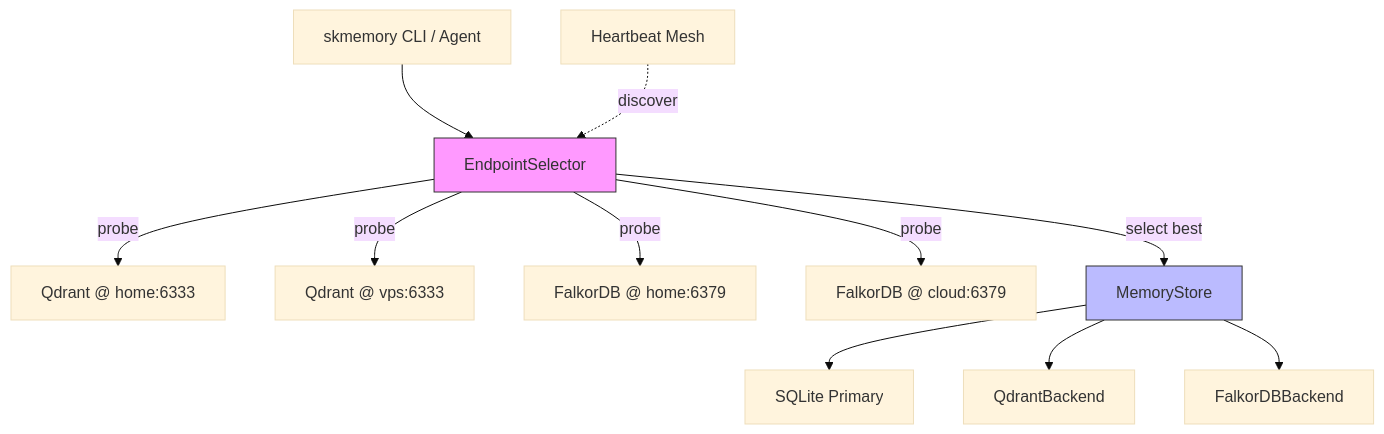
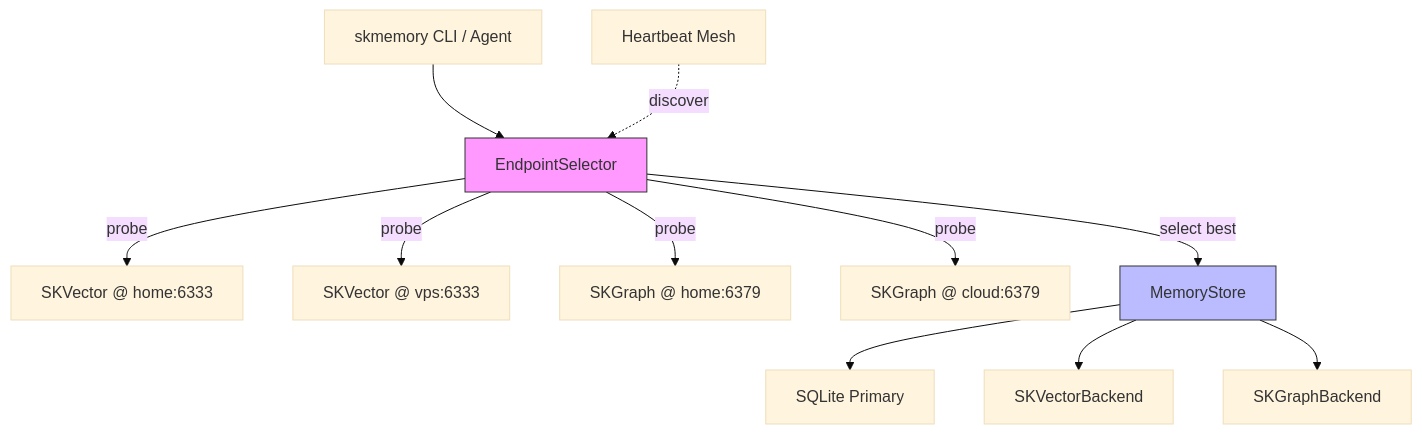
The first of 4 diagrams in skmemory/HA.md (smilinTux/skmemory), drawn with Mermaid (base theme) before and after one commit. The commit also changed other lines of this file and 31 other files, not shown here.

````diff
--- a/skmemory/HA.md
+++ b/skmemory/HA.md
@@ -23,16 +23,16 @@
 ```mermaid
 graph TB
     CLI[skmemory CLI / Agent] --> ES[EndpointSelector]
-    ES --> |probe| EP1[Qdrant @ home:6333]
-    ES --> |probe| EP2[Qdrant @ vps:6333]
-    ES --> |probe| EP3[FalkorDB @ home:6379]
-    ES --> |probe| EP4[FalkorDB @ cloud:6379]
+    ES --> |probe| EP1[SKVector @ home:6333]
+    ES --> |probe| EP2[SKVector @ vps:6333]
+    ES --> |probe| EP3[SKGraph @ home:6379]
+    ES --> |probe| EP4[SKGraph @ cloud:6379]
     ES --> |select best| MS[MemoryStore]
     MS --> SQLite[SQLite Primary]
-    MS --> QdrantBackend[QdrantBackend]
-    MS --> FalkorDBBackend[FalkorDBBackend]
+    MS --> SKVectorBackend[SKVectorBackend]
+    MS --> SKGraphBackend[SKGraphBackend]
     HB[Heartbeat Mesh] -.->|discover| ES
 
     style ES fill:#f9f,stroke:#333
     style MS fill:#bbf,stroke:#333
 ```
````
